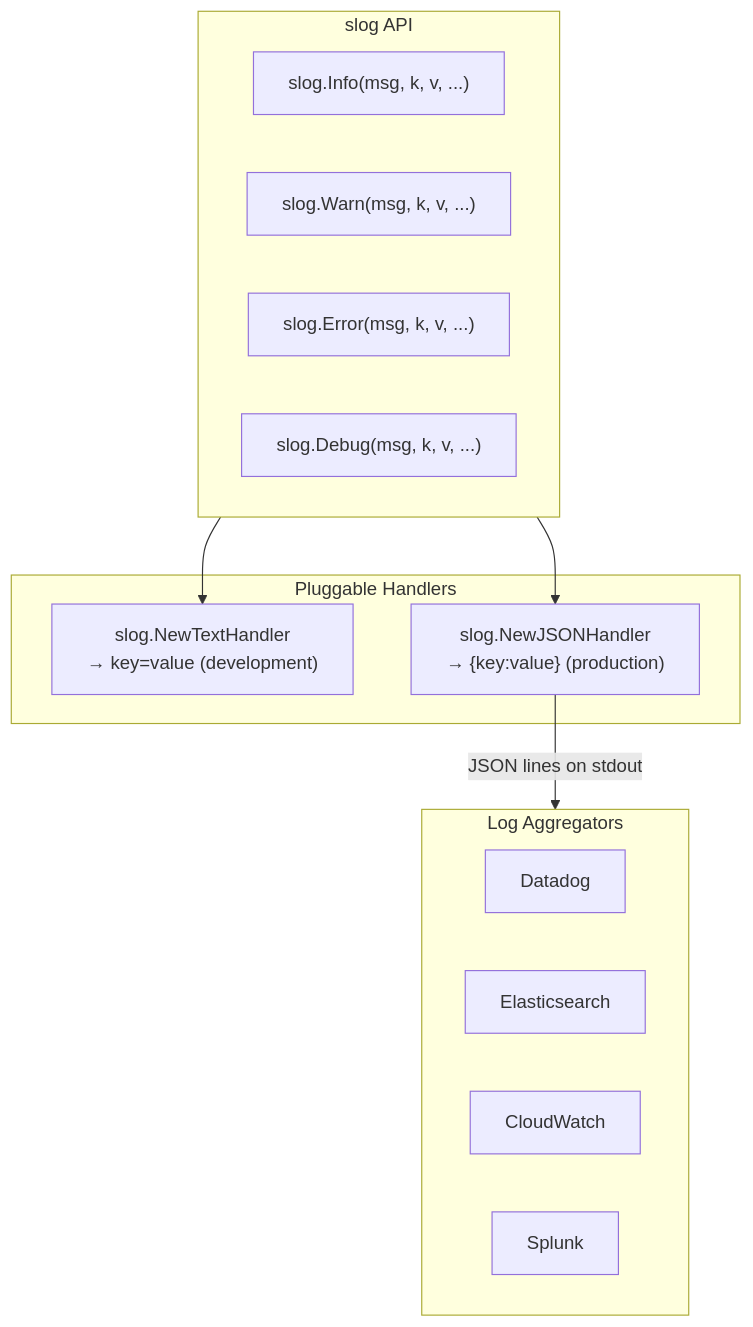
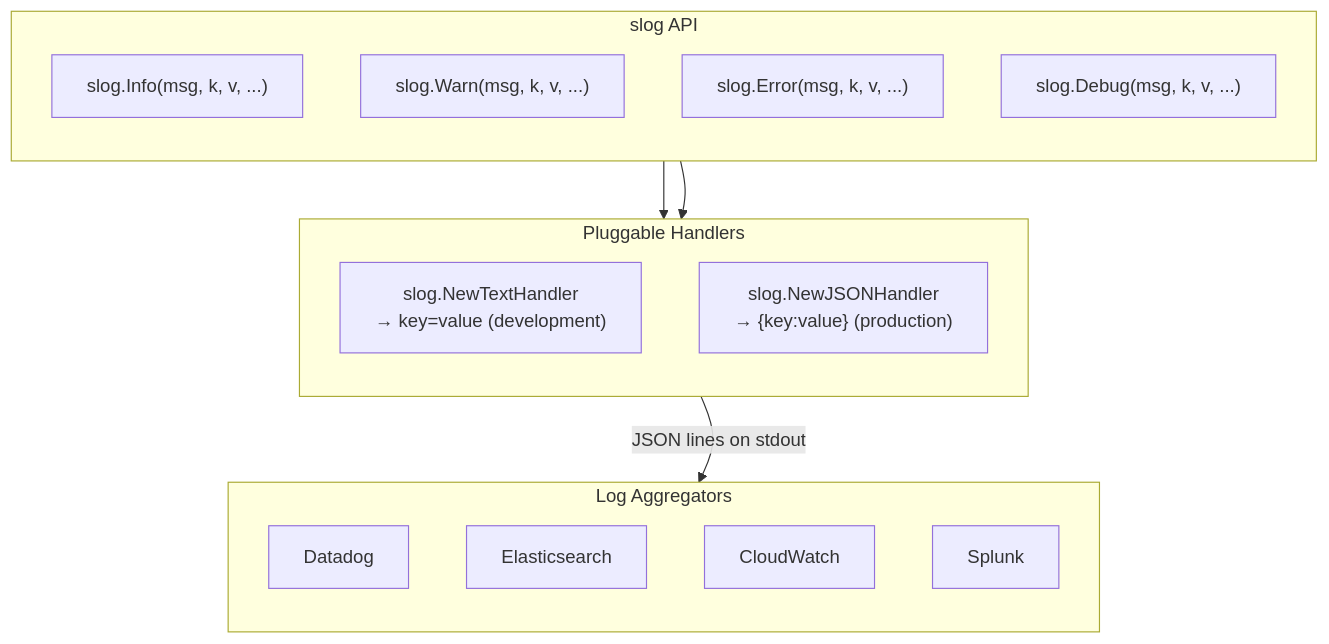
One commit to romangurevitch/GoTraining changed the second of 8 diagrams in internal/fundamentals/security-and-observability/03-structured-logging-slog.md. Above: the diagram before and after it, drawn with Mermaid. The commit also changed other lines of this file and 20 other files, not shown here.

````diff
--- a/internal/fundamentals/security-and-observability/03-structured-logging-slog.md
+++ b/internal/fundamentals/security-and-observability/03-structured-logging-slog.md
@@ -34,27 +36,32 @@
 ```mermaid
-graph TB
+graph TD
     subgraph API["slog API"]
-        direction LR
+        direction TB
         INFO["slog.Info(msg, k, v, ...)"]
         WARN["slog.Warn(msg, k, v, ...)"]
         ERROR["slog.Error(msg, k, v, ...)"]
         DEBUG["slog.Debug(msg, k, v, ...)"]
     end
 
+    API ~~~ Handlers
+
     subgraph Handlers["Pluggable Handlers"]
+        direction TB
         TEXT["slog.NewTextHandler<br/>→ key=value (development)"]
         JSON["slog.NewJSONHandler<br/>→ {key:value} (production)"]
     end
 
+    Handlers ~~~ Sinks
+
     subgraph Sinks["Log Aggregators"]
-        direction LR
+        direction TB
         DD["Datadog"]
         ELK["Elasticsearch"]
         CW["CloudWatch"]
         SPLUNK["Splunk"]
     end
 
     API --> TEXT
     API --> JSON
     JSON -->|"JSON lines on stdout"| Sinks
 ```
````
